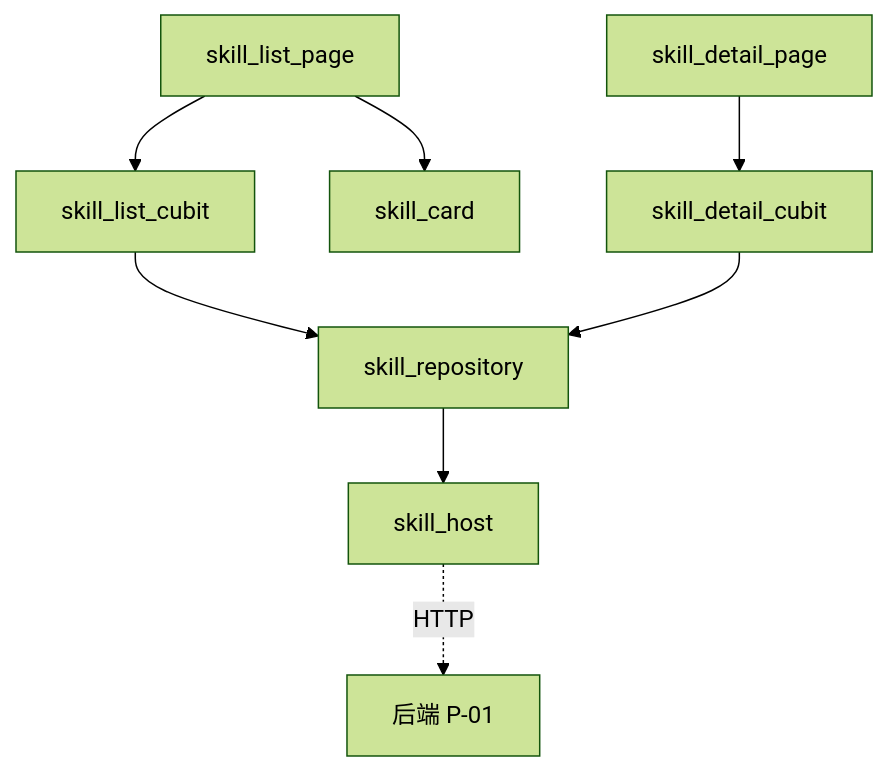
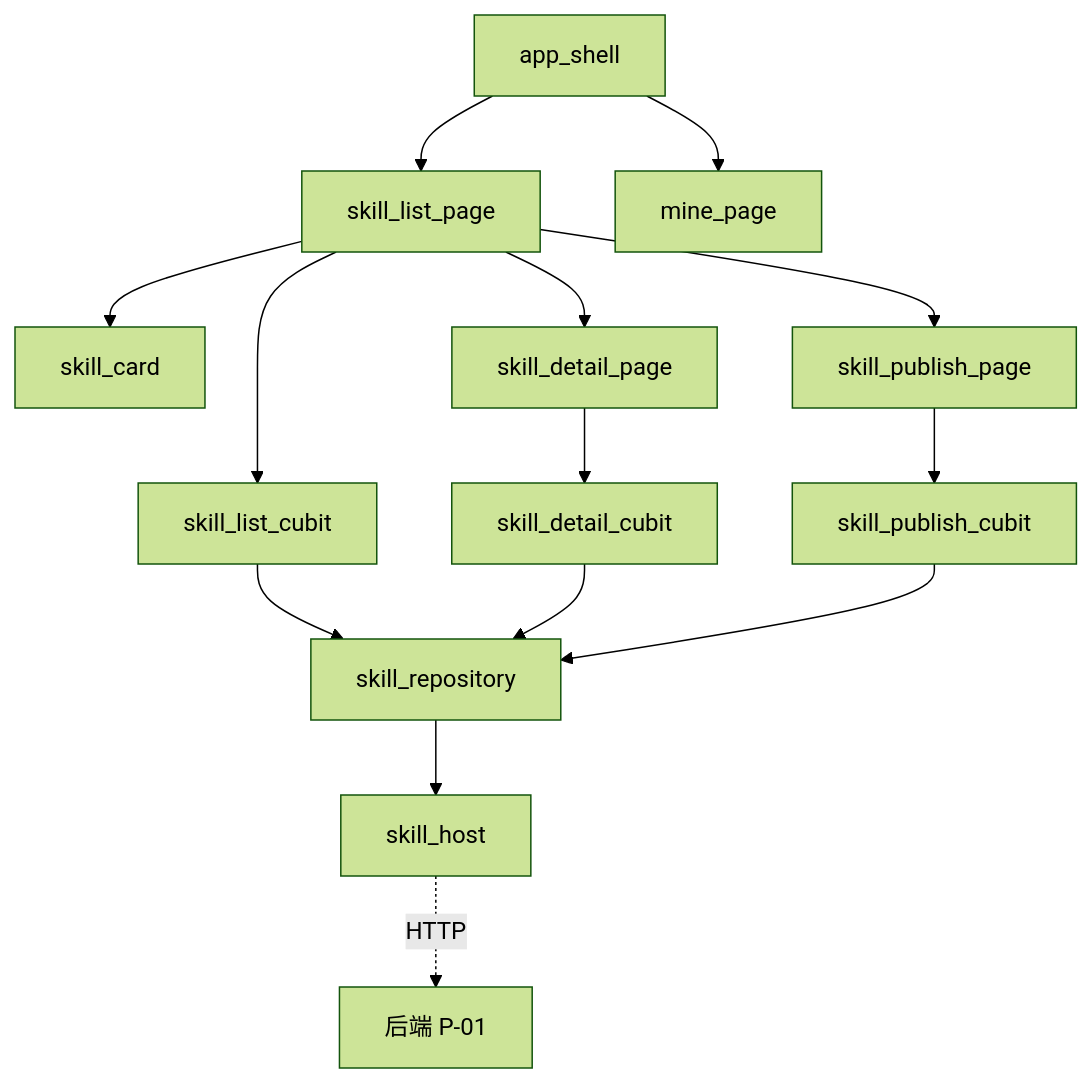
Before and after one commit to toly1994328/skills-hub-by-ai: the first of 2 diagrams in docs/features/archiver/modules/skill/client.md, drawn with Mermaid (forest theme). The commit also changed other lines of this file and 2 other files, not shown here.

````diff
--- a/docs/features/archiver/modules/skill/client.md
+++ b/docs/features/archiver/modules/skill/client.md
@@ -25,10 +30,16 @@
 ```mermaid
 graph TB
-    ListPage[skill_list_page] --> ListCubit[skill_list_cubit]
+    AppShell[app_shell] --> ListPage[skill_list_page]
+    AppShell --> MinePage[mine_page]
+    ListPage --> ListCubit[skill_list_cubit]
     ListPage --> Card[skill_card]
-    DetailPage[skill_detail_page] --> DetailCubit[skill_detail_cubit]
+    ListPage --> DetailPage[skill_detail_page]
+    ListPage --> PublishPage[skill_publish_page]
+    DetailPage --> DetailCubit[skill_detail_cubit]
+    PublishPage --> PublishCubit[skill_publish_cubit]
     ListCubit --> Repo[skill_repository]
     DetailCubit --> Repo
+    PublishCubit --> Repo
     Repo --> Host[skill_host]
     Host -.->|HTTP| Server[后端 P-01]
 ```
````
